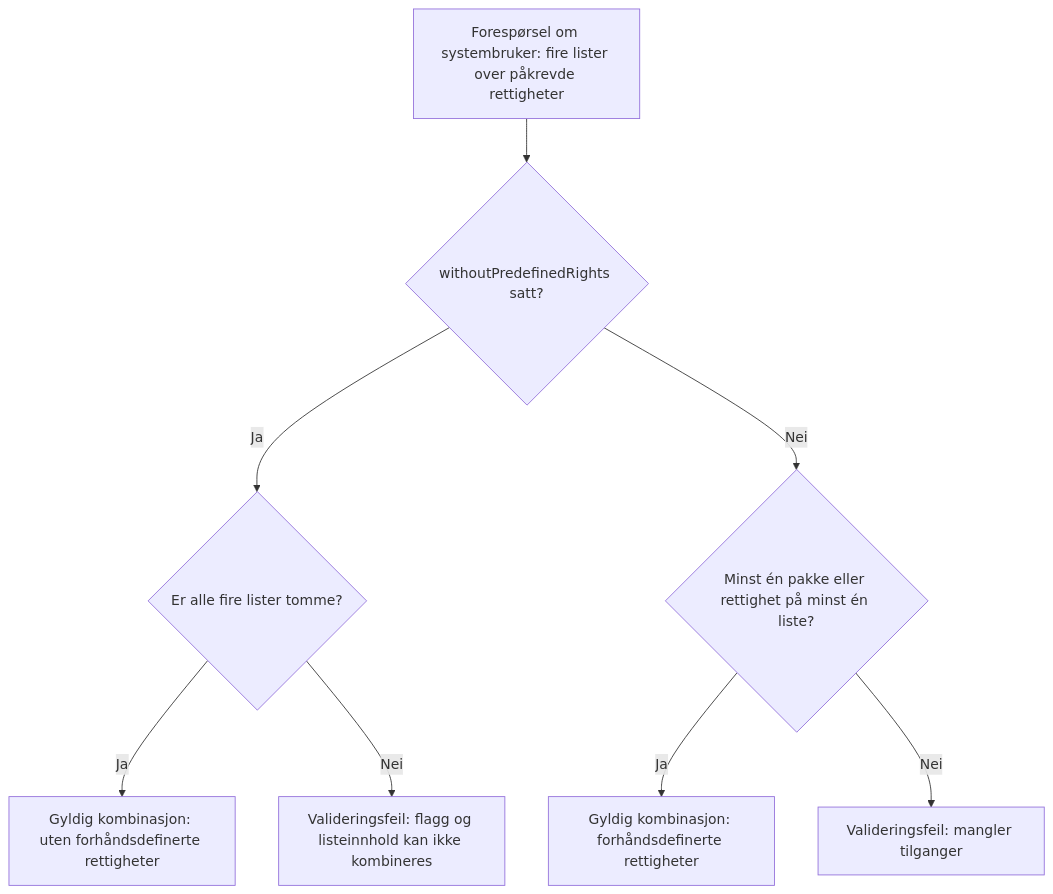
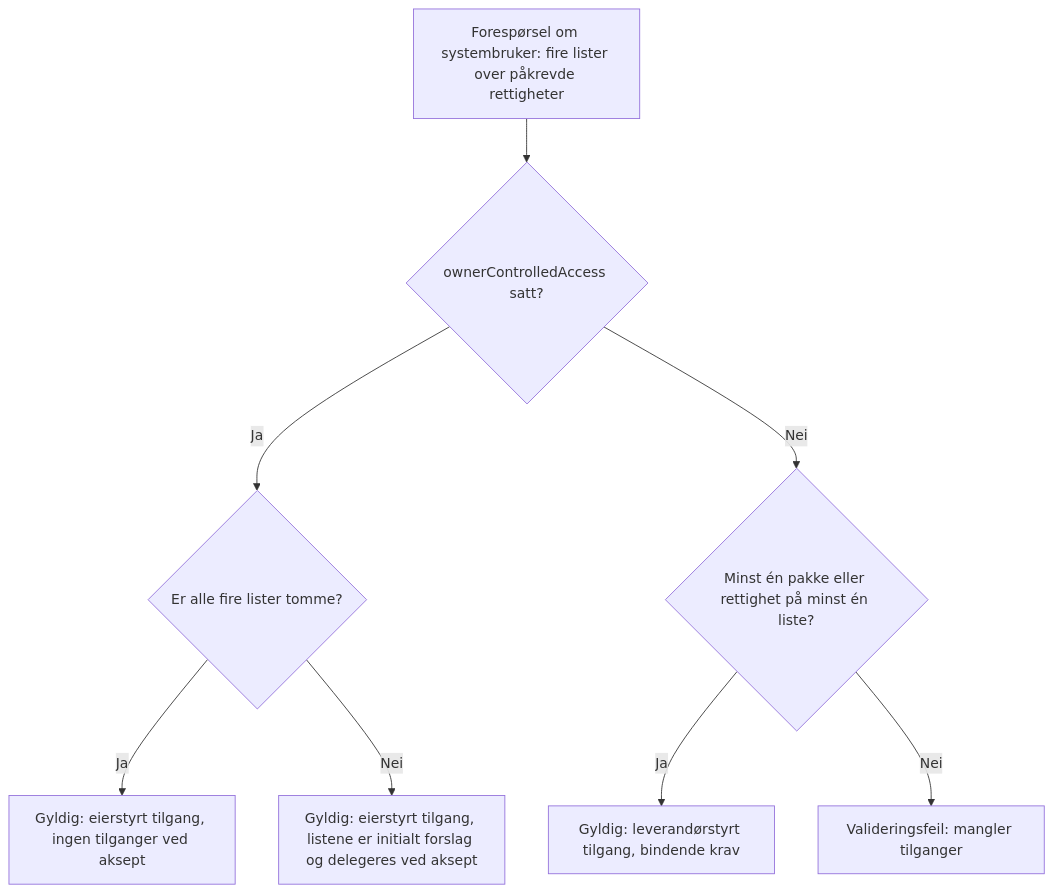
The second of 5 diagrams in content/authorization/guides/system-vendor/system-user/beslutningstre.nb.md (Altinn/altinn-studio-docs), drawn with Mermaid before and after one commit. The commit also changed other lines of this file and 1 other file, not shown here.

Commit message:
docs: rename system user flag to ownerControlledAccess and allow flag with lists
Decisions 2026-10-26 (Altinn/altinn-auth#4510): the flag is named
ownerControlledAccess and can be combined with the four rights lists,
which then act as the vendor's initial proposal. Acceptance stays
all-or-nothing on the lists, and the flag can be changed after creation.
Update the validation table, the mermaid decision trees and the
"change access model" section accordingly.

```diff
--- a/content/authorization/guides/system-vendor/system-user/beslutningstre.nb.md
+++ b/content/authorization/guides/system-vendor/system-user/beslutningstre.nb.md
@@ -41,10 +41,10 @@
 {{< mermaid >}}
 graph TD
-  REQUEST["Forespørsel om systembruker: fire lister over påkrevde rettigheter"] --> FLAG{"withoutPredefinedRights satt?"}
+  REQUEST["Forespørsel om systembruker: fire lister over påkrevde rettigheter"] --> FLAG{"ownerControlledAccess satt?"}
   FLAG -->|Ja| EMPTY{"Er alle fire lister tomme?"}
-  EMPTY -->|Ja| FREE["Gyldig kombinasjon: uten forhåndsdefinerte rettigheter"]
-  EMPTY -->|Nei| ERROR1["Valideringsfeil: flagg og listeinnhold kan ikke kombineres"]
+  EMPTY -->|Ja| FREE["Gyldig: eierstyrt tilgang, ingen tilganger ved aksept"]
+  EMPTY -->|Nei| PROPOSAL["Gyldig: eierstyrt tilgang, listene er initialt forslag og delegeres ved aksept"]
   FLAG -->|Nei| CONTENT{"Minst én pakke eller rettighet på minst én liste?"}
-  CONTENT -->|Ja| PRESET["Gyldig kombinasjon: forhåndsdefinerte rettigheter"]
+  CONTENT -->|Ja| PRESET["Gyldig: leverandørstyrt tilgang, bindende krav"]
   CONTENT -->|Nei| ERROR2["Valideringsfeil: mangler tilganger"]
 {{< /mermaid >}}
```
